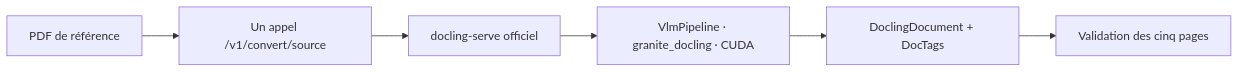
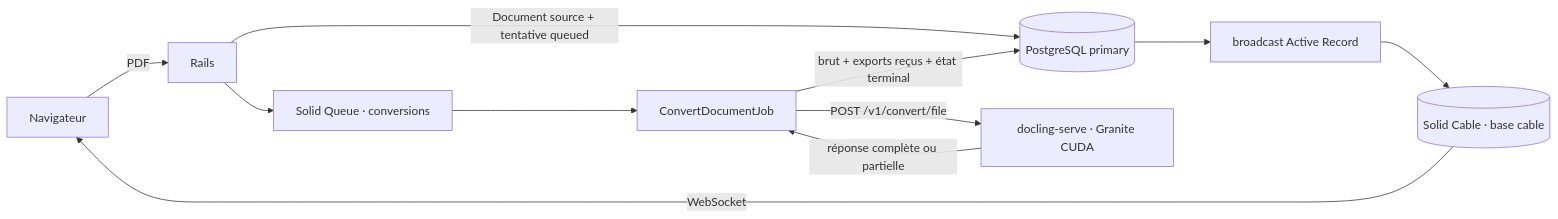
The diagram in PROCESS.md (toba75/chatbot_trading), drawn with Mermaid before and after one commit. The commit also changed other lines of this file and 111 other files, not shown here.

Commit message:
feat(ui): ajouter l'interface Rails de conversion PDF

````diff
--- a/PROCESS.md
+++ b/PROCESS.md
@@ -6,8 +6,13 @@
 ```mermaid
 flowchart LR
-    PDF["PDF de référence"] --> API["Un appel /v1/convert/source"]
-    API --> DS["docling-serve officiel"]
-    DS --> GPU["VlmPipeline · granite_docling · CUDA"]
-    GPU --> OUT["DoclingDocument + DocTags"]
-    OUT --> CHECK["Validation des cinq pages"]
+    U["Navigateur"] -->|"PDF"| R["Rails"]
+    R -->|"Document source + tentative queued"| P[("PostgreSQL primary")]
+    R --> Q["Solid Queue · conversions"]
+    Q --> J["ConvertDocumentJob"]
+    J -->|"POST /v1/convert/file"| D["docling-serve · Granite CUDA"]
+    D -->|"réponse complète ou partielle"| J
+    J -->|"brut + exports reçus + état terminal"| P
+    P --> B["broadcast Active Record"]
+    B --> C[("Solid Cable · base cable")]
+    C -->|"WebSocket"| U
 ```
````
